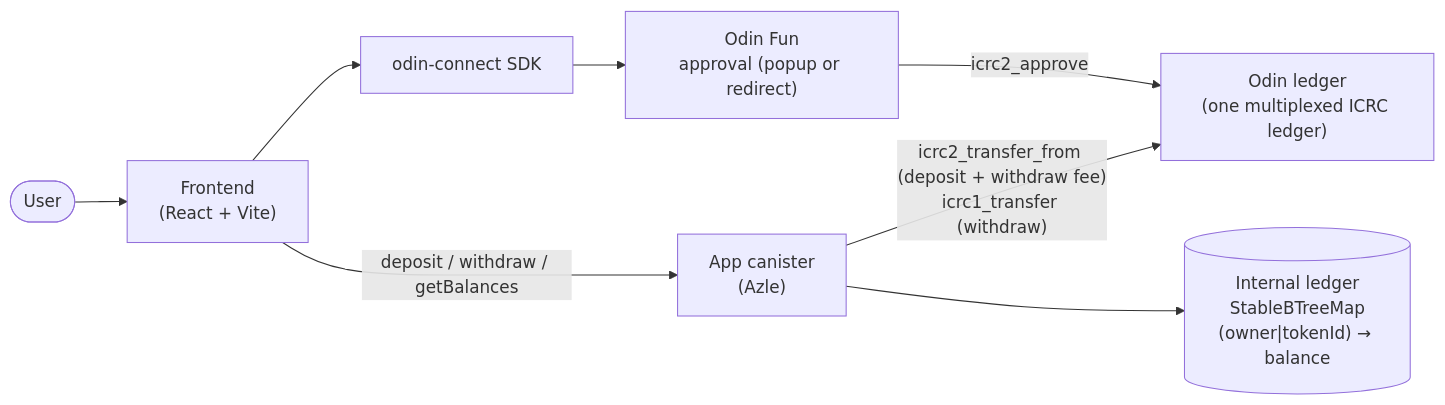
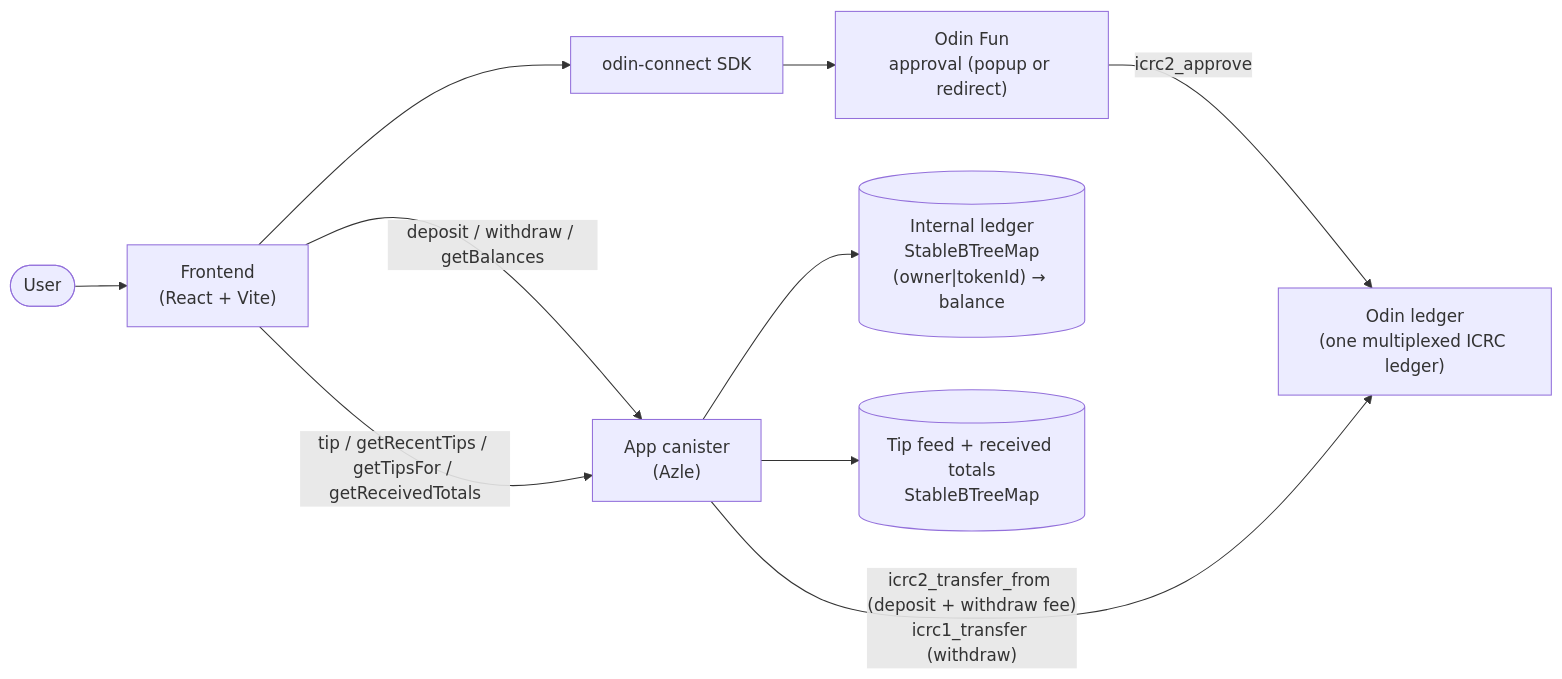
The diagram in README.md (inescri/odin-tip-jar), drawn with Mermaid before and after one commit. The commit also changed other lines of this file and 4 other files, not shown here.

````diff
--- a/README.md
+++ b/README.md
@@ -13,18 +22,20 @@
 ```mermaid
 flowchart LR
     user([User])
     fe["Frontend<br/>(React + Vite)"]
     oc["odin-connect SDK"]
     popup["Odin Fun<br/>approval (popup or redirect)"]
     can["App canister<br/>(Azle)"]
     ledger[("Internal ledger<br/>StableBTreeMap<br/>(owner|tokenId) → balance")]
     odin["Odin ledger<br/>(one multiplexed ICRC ledger)"]
 
     user --> fe
     fe --> oc
     oc --> popup
     popup -->|icrc2_approve| odin
     fe -->|"deposit / withdraw / getBalances"| can
+    fe -->|"tip / getRecentTips / getTipsFor / getReceivedTotals"| can
     can --> ledger
+    can --> tips[("Tip feed + received totals<br/>StableBTreeMap")]
     can -->|"icrc2_transfer_from (deposit + withdraw fee)<br/>icrc1_transfer (withdraw)"| odin
 ```
````
